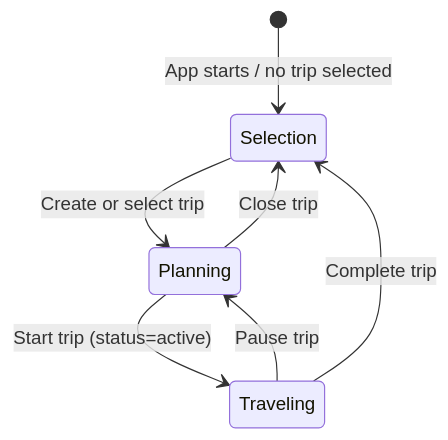
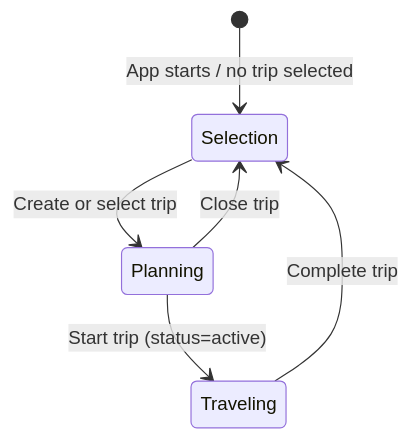
Before and after one commit to gallowaysoftware/toqui: the second of 3 diagrams in CLAUDE.md, drawn with Mermaid. The commit also changed other lines of this file and 37 other files, not shown here.

````diff
--- a/CLAUDE.md
+++ b/CLAUDE.md
@@ -256,9 +256,8 @@
 ```mermaid
 stateDiagram-v2
     [*] --> Selection: App starts / no trip selected
     Selection --> Planning: Create or select trip
     Planning --> Traveling: Start trip (status=active)
-    Traveling --> Planning: Pause trip
     Planning --> Selection: Close trip
     Traveling --> Selection: Complete trip
 ```
````
